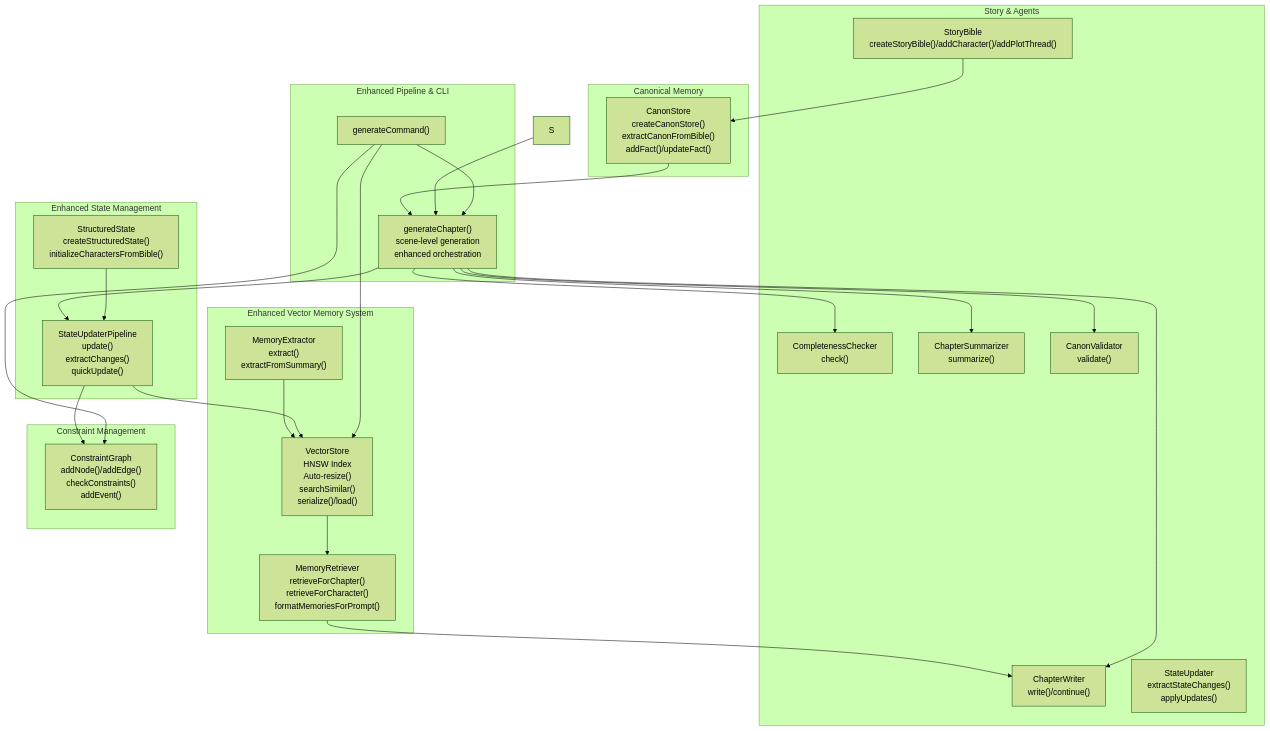
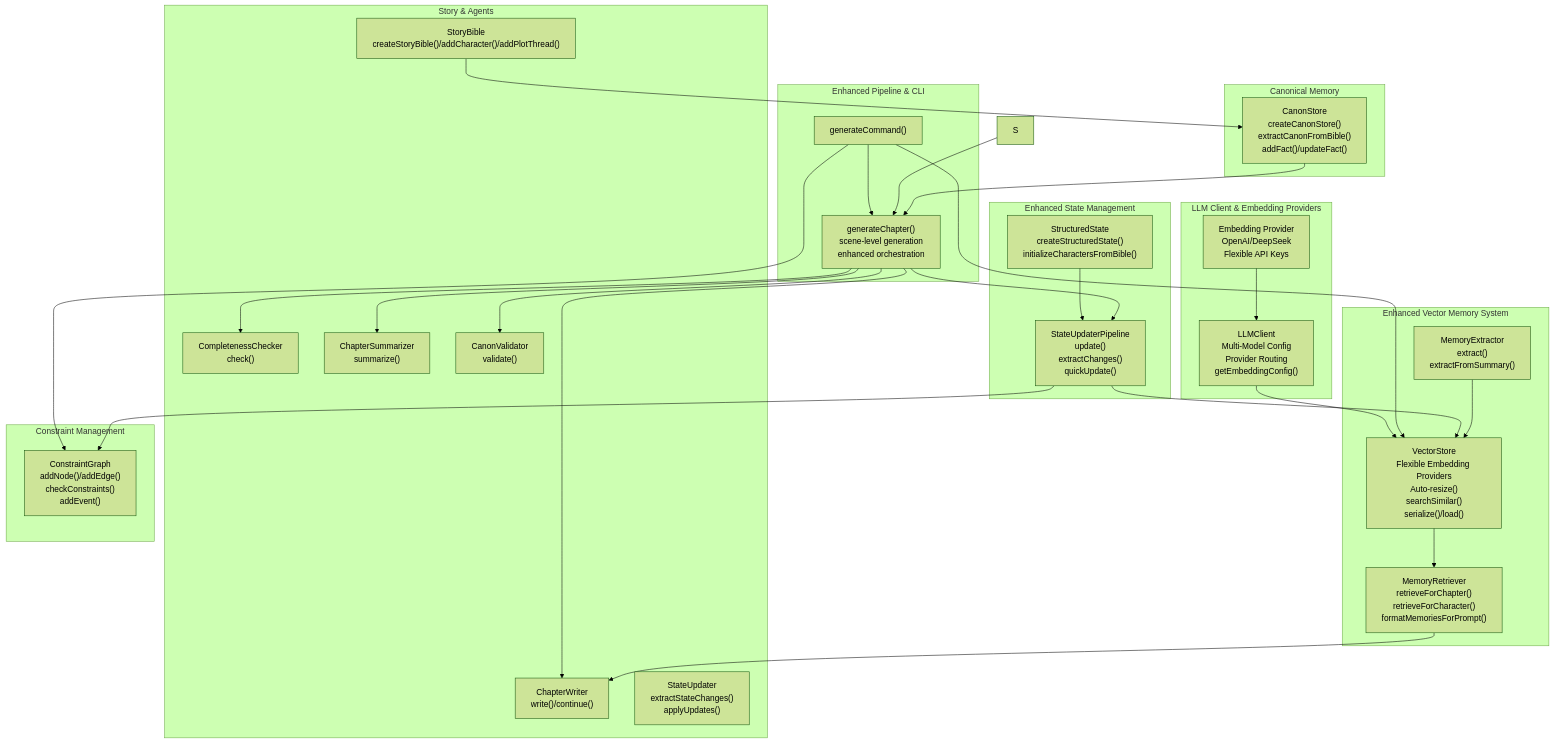
Before and after one commit to liwonder/NARRITIVE_OS: the first of 14 diagrams in .qoder/repowiki/en/content/Memory Management System/Memory Management System.md, drawn with Mermaid (forest theme). The commit also changed other lines of this file and 12 other files, not shown here.

Commit message:
new model provider support: alibaba and ark

````diff
--- a/.qoder/repowiki/en/content/Memory Management System/Memory Management System.md
+++ b/.qoder/repowiki/en/content/Memory Management System/Memory Management System.md
@@ -64,47 +66,53 @@
 ```mermaid
 graph TB
 subgraph "Enhanced Vector Memory System"
-VS["VectorStore<br/>HNSW Index<br/>Auto-resize()<br/>searchSimilar()<br/>serialize()/load()"]
+VS["VectorStore<br/>Flexible Embedding Providers<br/>Auto-resize()<br/>searchSimilar()<br/>serialize()/load()"]
 MR["MemoryRetriever<br/>retrieveForChapter()<br/>retrieveForCharacter()<br/>formatMemoriesForPrompt()"]
 ME["MemoryExtractor<br/>extract()<br/>extractFromSummary()"]
 end
 subgraph "Canonical Memory"
 CS["CanonStore<br/>createCanonStore()<br/>extractCanonFromBible()<br/>addFact()/updateFact()"]
 end
 subgraph "Enhanced State Management"
 SS["StructuredState<br/>createStructuredState()<br/>initializeCharactersFromBible()"]
 SU["StateUpdaterPipeline<br/>update()<br/>extractChanges()<br/>quickUpdate()"]
 end
 subgraph "Story & Agents"
 B["StoryBible<br/>createStoryBible()/addCharacter()/addPlotThread()"]
 W["ChapterWriter<br/>write()/continue()"]
 C["CompletenessChecker<br/>check()"]
 Z["ChapterSummarizer<br/>summarize()"]
 V["CanonValidator<br/>validate()"]
 SU2["StateUpdater<br/>extractStateChanges()<br/>applyUpdates()"]
 end
 subgraph "Enhanced Pipeline & CLI"
 G["generateChapter()<br/>scene-level generation<br/>enhanced orchestration"]
 CMD["generateCommand()"]
 end
+subgraph "LLM Client & Embedding Providers"
+LC["LLMClient<br/>Multi-Model Config<br/>Provider Routing<br/>getEmbeddingConfig()"]
+EP["Embedding Provider<br/>OpenAI/DeepSeek<br/>Flexible API Keys"]
+end
 subgraph "Constraint Management"
 CG["ConstraintGraph<br/>addNode()/addEdge()<br/>checkConstraints()<br/>addEvent()"]
 end
 B --> CS
 CS --> G
 VS --> MR
 MR --> W
 ME --> VS
 G --> W
 G --> C
 G --> Z
 G --> V
 G --> SU
 SS --> SU
 SU --> VS
 SU --> CG
 S --> G
 CMD --> G
 CMD --> VS
 CMD --> CG
+LC --> VS
+EP --> LC
 ```
````
